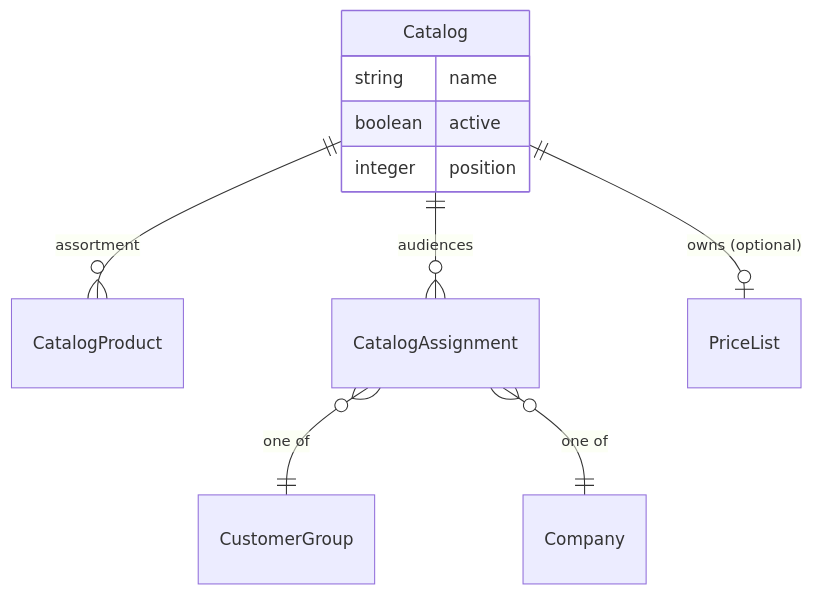
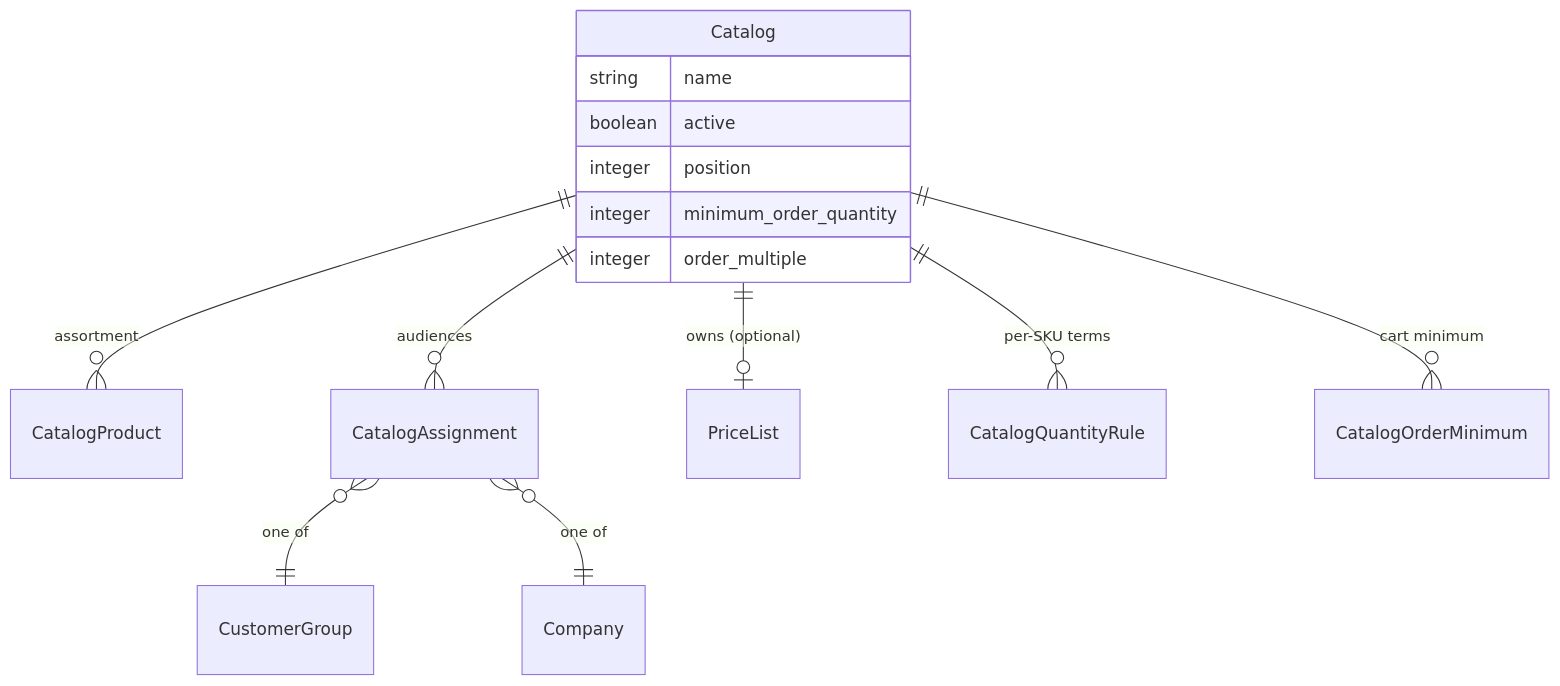
Before and after one commit to spree/spree: the second of 2 diagrams in docs/developer/core-concepts/catalogs.mdx, drawn with Mermaid. The commit also changed other lines of this file and 47 other files, not shown here.

````diff
--- a/docs/developer/core-concepts/catalogs.mdx
+++ b/docs/developer/core-concepts/catalogs.mdx
@@ -19,14 +19,18 @@
 ```mermaid
 erDiagram
     Catalog ||--o{ CatalogProduct : "assortment"
     Catalog ||--o{ CatalogAssignment : "audiences"
     Catalog ||--o| PriceList : "owns (optional)"
+    Catalog ||--o{ CatalogQuantityRule : "per-SKU terms"
+    Catalog ||--o{ CatalogOrderMinimum : "cart minimum"
     CatalogAssignment }o--|| CustomerGroup : "one of"
     CatalogAssignment }o--|| Company : "one of"
 
     Catalog {
         string name
         boolean active
         integer position
+        integer minimum_order_quantity
+        integer order_multiple
     }
 ```
````
